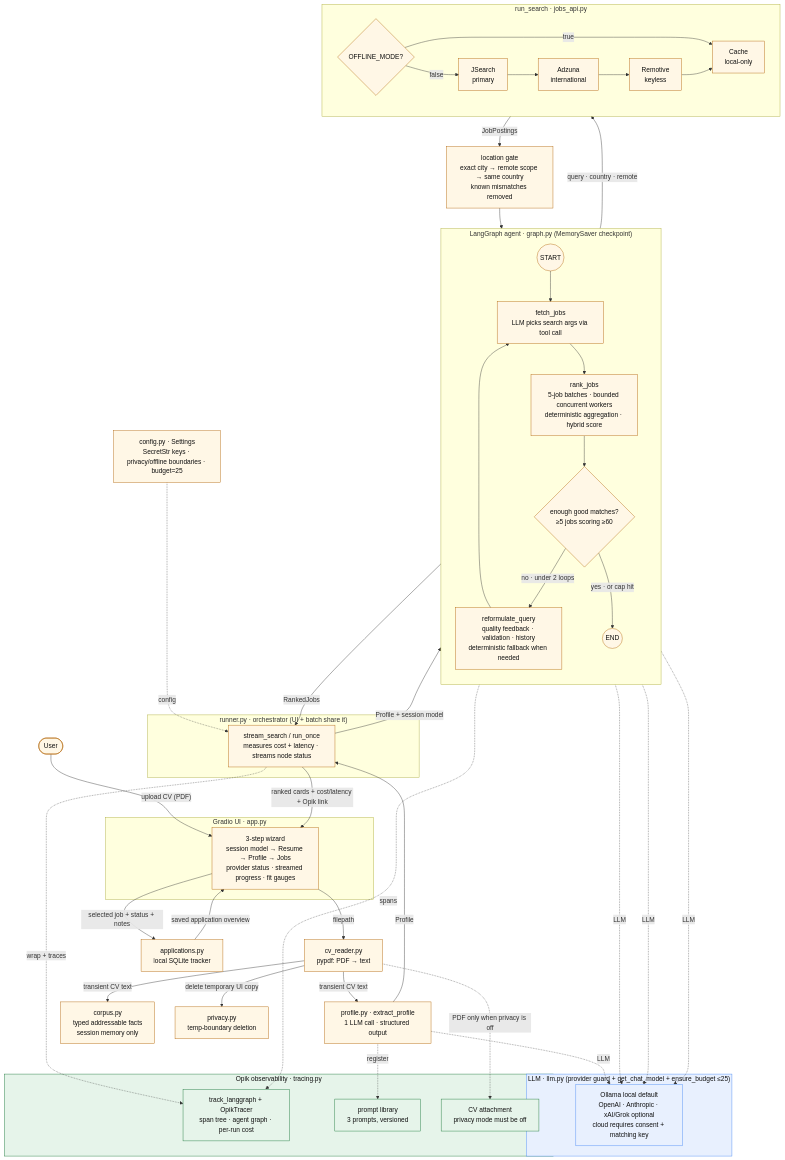
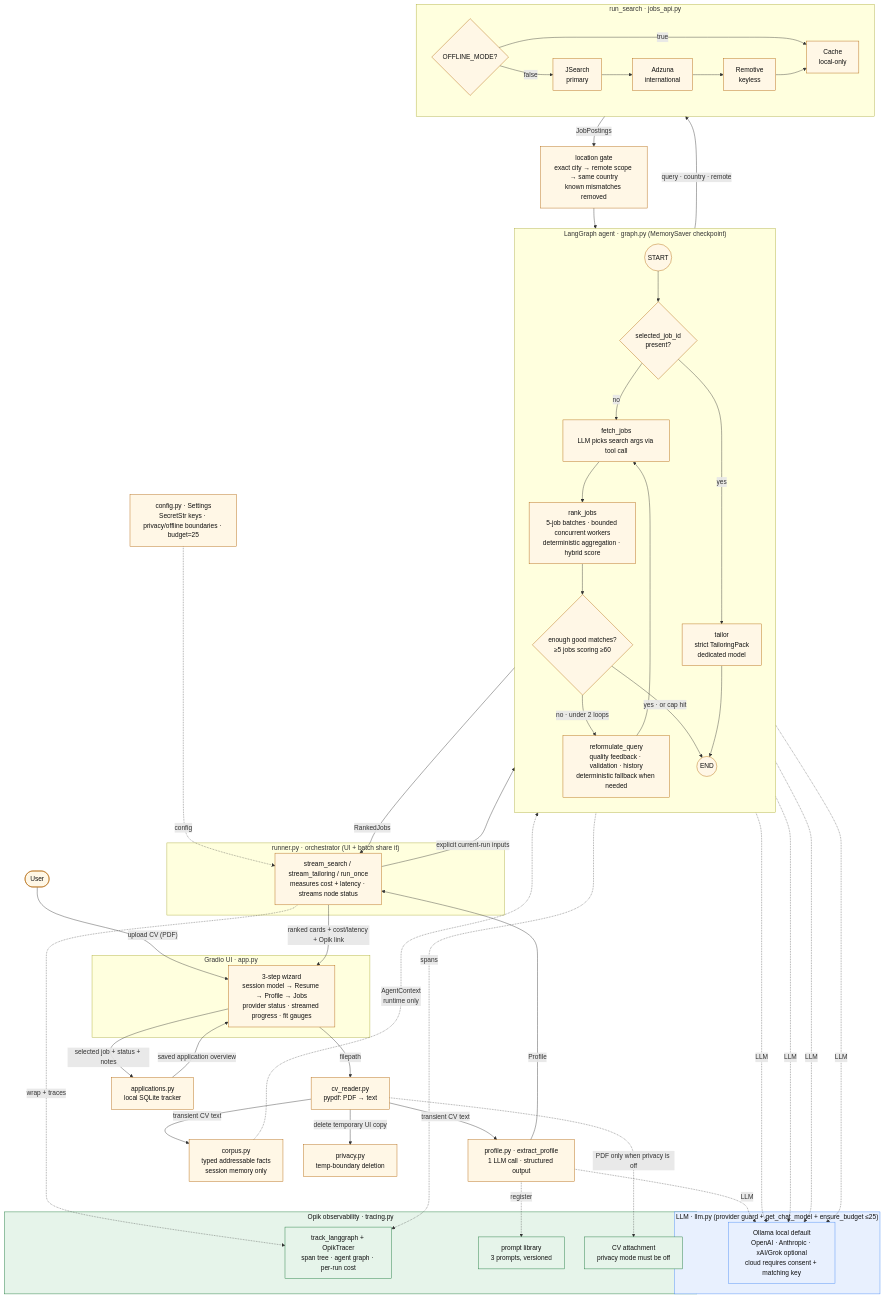
One commit to exitLQ/the-agent-that-got-me-rejected changed the diagram in docs/architecture.md. Above: the diagram before and after it, drawn with Mermaid. The commit also changed other lines of this file and 5 other files, not shown here.

Commit message:
feat: integrate tailoring entry route and runner

````diff
--- a/docs/architecture.md
+++ b/docs/architecture.md
@@ -11,72 +7,77 @@
 ```mermaid
 flowchart TB
   U(["User"]) -->|"upload CV (PDF)"| UI
 
   subgraph UI_L["Gradio UI · app.py"]
     UI["3-step wizard<br/>session model → Resume → Profile → Jobs<br/>provider status · streamed progress · fit gauges"]
   end
 
   UI -->|"filepath"| CVR["cv_reader.py<br/>pypdf: PDF → text"]
   CVR -->|"transient CV text"| EP["profile.py · extract_profile<br/>1 LLM call · structured output"]
   CVR -->|"transient CV text"| COR["corpus.py<br/>typed addressable facts<br/>session memory only"]
   CVR -->|"delete temporary UI copy"| DEL["privacy.py<br/>temp-boundary deletion"]
   EP -->|"Profile"| RUN
 
   subgraph ORCH["runner.py · orchestrator (UI + batch share it)"]
-    RUN["stream_search / run_once<br/>measures cost + latency · streams node status"]
+    RUN["stream_search / stream_tailoring / run_once<br/>measures cost + latency · streams node status"]
   end
 
-  RUN -->|"Profile + session model"| G
+  RUN -->|"explicit current-run inputs"| G
 
   subgraph G["LangGraph agent · graph.py (MemorySaver checkpoint)"]
     direction TB
-    S((START)) --> FJ
+    S((START)) --> ENTRY{"selected_job_id<br/>present?"}
+    ENTRY -->|"no"| FJ
+    ENTRY -->|"yes"| TA["tailor<br/>strict TailoringPack<br/>dedicated model"]
     FJ["fetch_jobs<br/>LLM picks search args via tool call"] --> RJ
     RJ["rank_jobs<br/>5-job batches · bounded concurrent workers<br/>deterministic aggregation · hybrid score"] --> D{"enough good matches?<br/>≥5 jobs scoring ≥60"}
     D -->|"no · under 2 loops"| RQ["reformulate_query<br/>quality feedback · validation · history<br/>deterministic fallback when needed"]
     RQ --> FJ
     D -->|"yes · or cap hit"| E((END))
+    TA --> E
   end
+  COR -. "AgentContext<br/>runtime only" .-> TA
 
   FJ -->|"query · country · remote"| SRCH
   subgraph SRCH["run_search · jobs_api.py"]
     direction LR
     MODE{"OFFLINE_MODE?"} -->|"true"| CA["Cache<br/>local-only"]
     MODE -->|"false"| JS["JSearch<br/>primary"]
     JS --> AZ["Adzuna<br/>international"] --> RM["Remotive<br/>keyless"] --> CA
   end
   SRCH -->|"JobPostings"| LOC["location gate<br/>exact city → remote scope → same country<br/>known mismatches removed"]
   LOC --> RJ
 
   E -->|"RankedJobs"| RUN
   RUN -->|"ranked cards + cost/latency + Opik link"| UI
   UI -->|"selected job + status + notes"| DB["applications.py<br/>local SQLite tracker"]
   DB -->|"saved application overview"| UI
 
   subgraph LLM_L["LLM · llm.py (provider guard + get_chat_model + ensure_budget ≤25)"]
     OA["Ollama local default<br/>OpenAI · Anthropic · xAI/Grok optional<br/>cloud requires consent + matching key"]
   end
   EP -. "LLM" .-> OA
   FJ -. "LLM" .-> OA
   RJ -. "LLM" .-> OA
   RQ -. "LLM" .-> OA
+  TA -. "LLM" .-> OA
 
   subgraph OBS["Opik observability · tracing.py"]
     TR["track_langgraph + OpikTracer<br/>span tree · agent graph · per-run cost"]
     PL["prompt library<br/>3 prompts, versioned"]
     AT["CV attachment<br/>privacy mode must be off"]
   end
   RUN -. "wrap + traces" .-> TR
   G -. "spans" .-> TR
   EP -. "register" .-> PL
   CVR -. "PDF only when privacy is off" .-> AT
 
   CFG["config.py · Settings<br/>SecretStr keys · privacy/offline boundaries · budget=25"] -. "config" .-> RUN
 
   classDef llm fill:#e8f0fe,stroke:#4285f4,color:#111;
   classDef obs fill:#e6f4ea,stroke:#137333,color:#111;
   classDef node fill:#fff7e6,stroke:#b06000,color:#111;
   class OA,LLM_L llm;
   class TR,PL,AT,OBS obs;
-  class FJ,RJ,RQ node;
+  class FJ,RJ,RQ,TA node;
 ```
````
